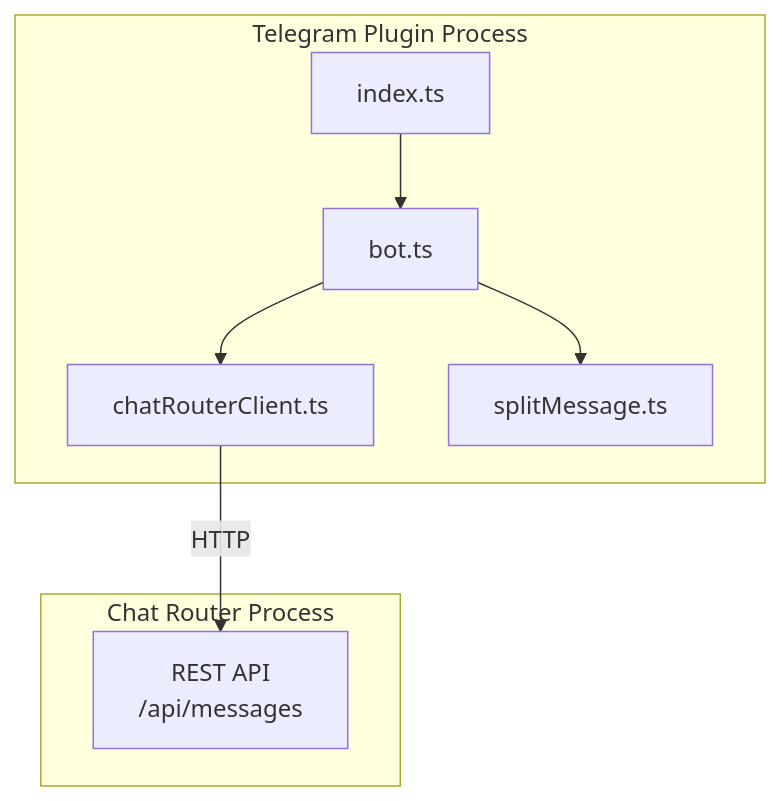
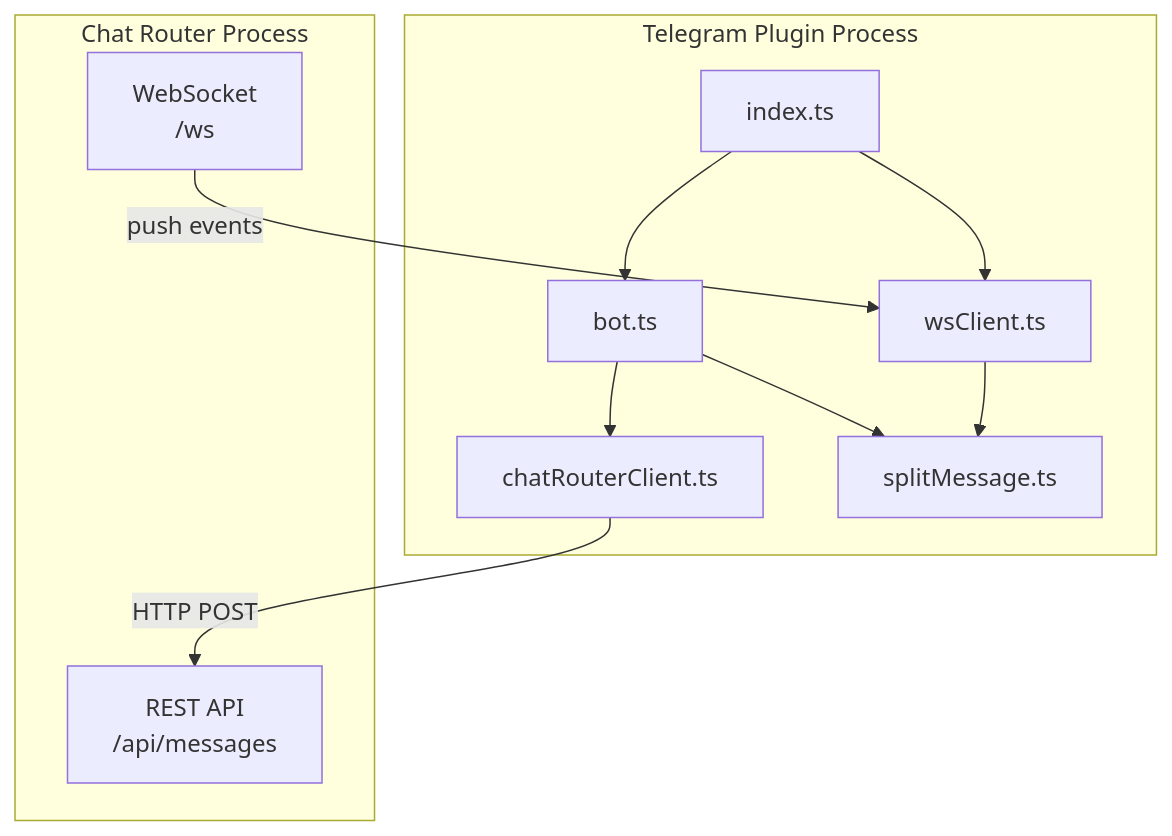
Before and after one commit to Jtonna/multi-tenant-telegram-daemon: the third of 3 diagrams in docs/chat-router-plugin/architecture.md, drawn with Mermaid. The commit also changed other lines of this file and 2 other files, not shown here.

Commit message:
multi-tenant-telegram-daemon-3ow: update plugin docs for WebSocket return leg

````diff
--- a/docs/chat-router-plugin/architecture.md
+++ b/docs/chat-router-plugin/architecture.md
@@ -62,12 +76,16 @@
 ```mermaid
 graph TB
     subgraph "Telegram Plugin Process"
         index.ts --> bot.ts
         bot.ts --> chatRouterClient.ts
+        index.ts --> wsClient.ts
         bot.ts --> splitMessage.ts
+        wsClient.ts --> splitMessage.ts
     end
     subgraph "Chat Router Process"
         REST["REST API<br/>/api/messages"]
+        WS["WebSocket<br/>/ws"]
     end
-    chatRouterClient.ts -->|HTTP| REST
+    chatRouterClient.ts -->|HTTP POST| REST
+    WS -->|push events| wsClient.ts
 ```
````
